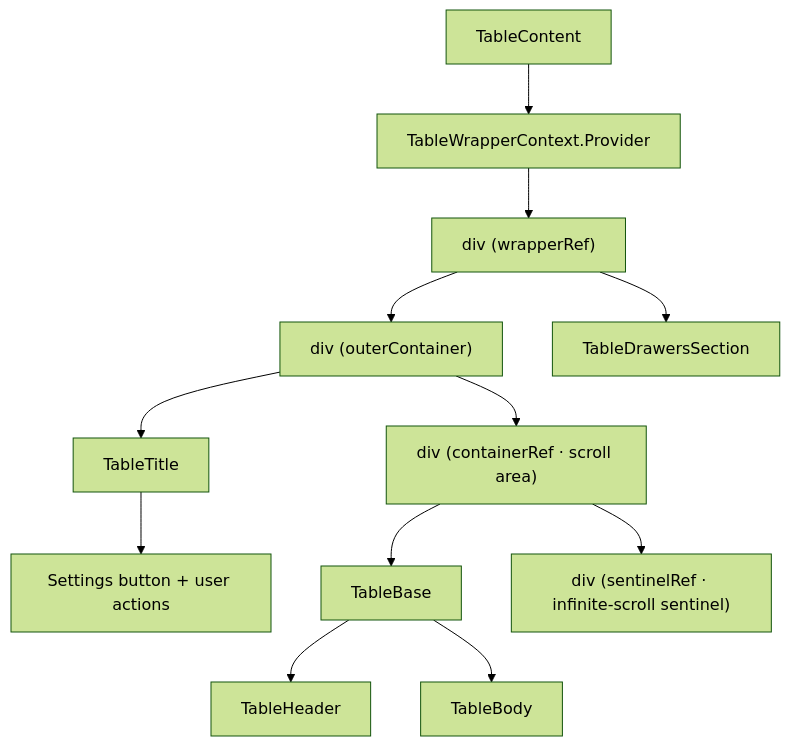
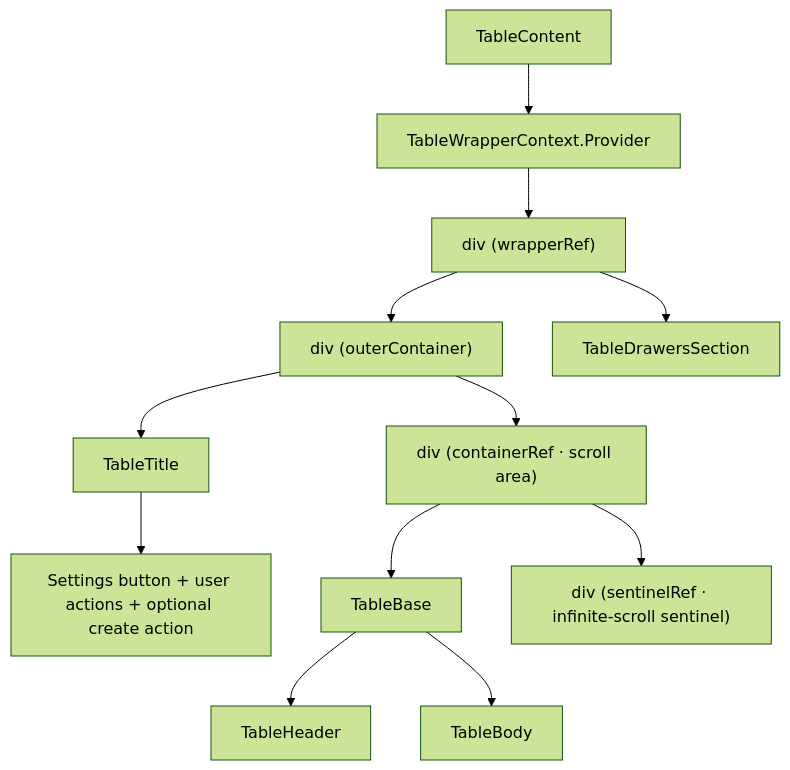
Before and after one commit to luciocabrera/lcabrera-stack: the first of 2 diagrams in packages/ui/src/components/Table/TableContent/ARCHITECTURE.md, drawn with Mermaid (forest theme). The commit also changed other lines of this file and 31 other files, not shown here.

First line of the commit message:
feat: add fallow ingestion types and schemas

````diff
--- a/packages/ui/src/components/Table/TableContent/ARCHITECTURE.md
+++ b/packages/ui/src/components/Table/TableContent/ARCHITECTURE.md
@@ -21,17 +22,17 @@
 ```mermaid
 graph TD
   TC["TableContent"] --> TWC["TableWrapperContext.Provider"]
   TWC --> Wrapper["div (wrapperRef)"]
 
   Wrapper --> Outer["div (outerContainer)"]
   Wrapper --> Drawers["TableDrawersSection"]
 
   Outer --> Title["TableTitle"]
-  Title --> Actions["Settings button + user actions"]
+  Title --> Actions["Settings button + user actions + optional create action"]
   Outer --> Scroll["div (containerRef · scroll area)"]
 
   Scroll --> TB["TableBase"]
   TB --> TH["TableHeader"]
   TB --> TBody["TableBody"]
   Scroll --> Sentinel["div (sentinelRef · infinite-scroll sentinel)"]
 ```
````
